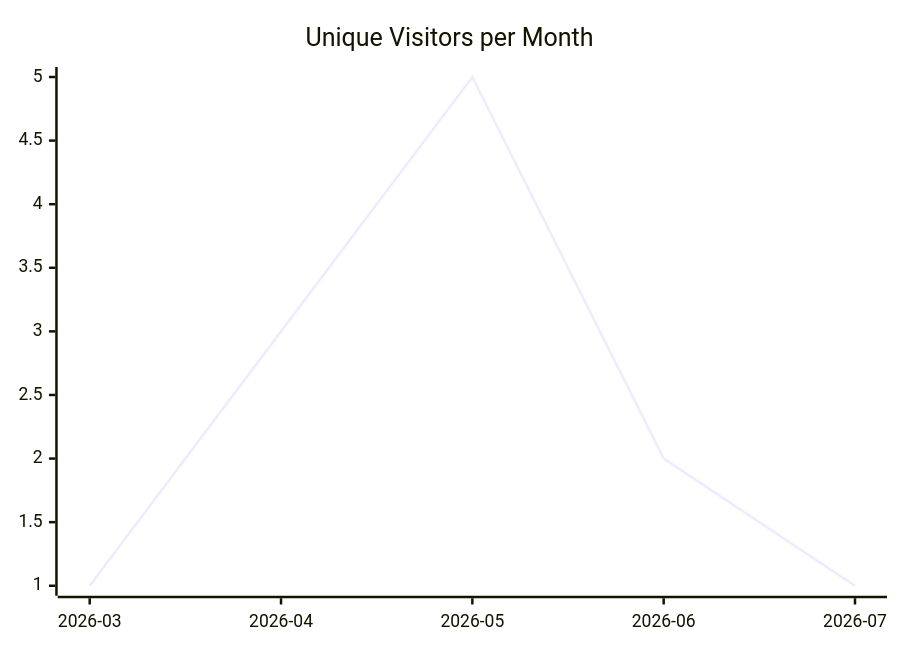
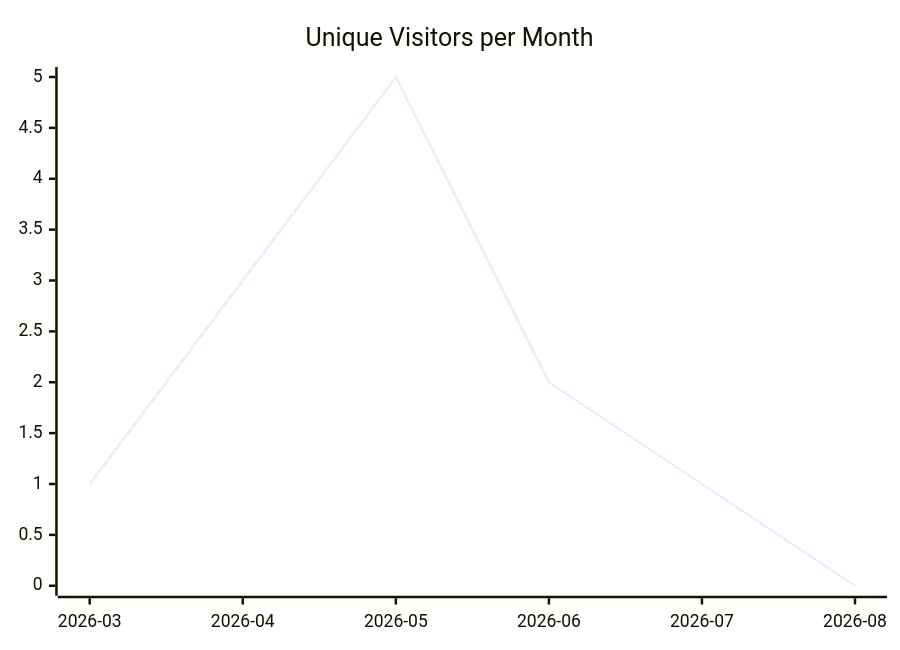
Before and after one commit to justdavis-family/github-analytics-data: the first of 3 diagrams in justdavis-family/justdavis/README.md, drawn with Mermaid. The commit also changed other lines of this file and 180 other files, not shown here.

````diff
--- a/justdavis-family/justdavis/README.md
+++ b/justdavis-family/justdavis/README.md
@@ -5,6 +5,6 @@
 ```mermaid
 xychart-beta
   title "Unique Visitors per Month"
-  x-axis ["2026-03", "2026-04", "2026-05", "2026-06", "2026-07"]
-  line [1, 3, 5, 2, 1]
+  x-axis ["2026-03", "2026-04", "2026-05", "2026-06", "2026-07", "2026-08"]
+  line [1, 3, 5, 2, 1, 0]
 ```
````
